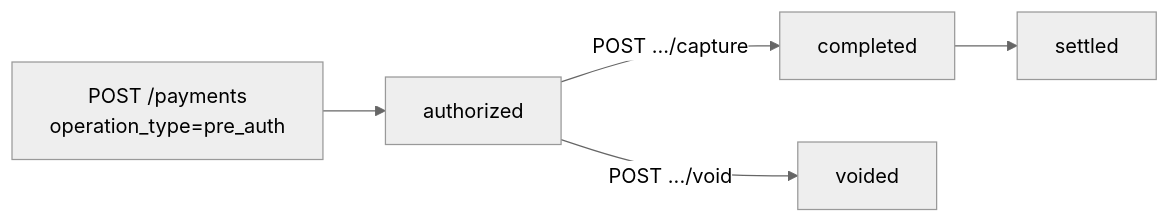
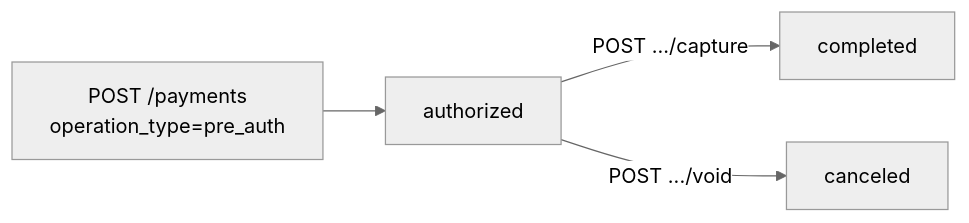
The diagram in sanal-pos/payments/pre-auth-capture.mdx (payment-pos/mintlify), drawn with Mermaid (neutral theme) before and after one commit. The commit also changed other lines of this file and 28 other files, not shown here.

````diff
--- a/sanal-pos/payments/pre-auth-capture.mdx
+++ b/sanal-pos/payments/pre-auth-capture.mdx
@@ -17,7 +17,6 @@
 ```mermaid
 flowchart LR
     A[POST /payments<br/>operation_type=pre_auth] --> B[authorized]
     B -->|POST .../capture| C[completed]
-    B -->|POST .../void| D[voided]
-    C --> E[settled]
+    B -->|POST .../void| D[canceled]
 ```
````
